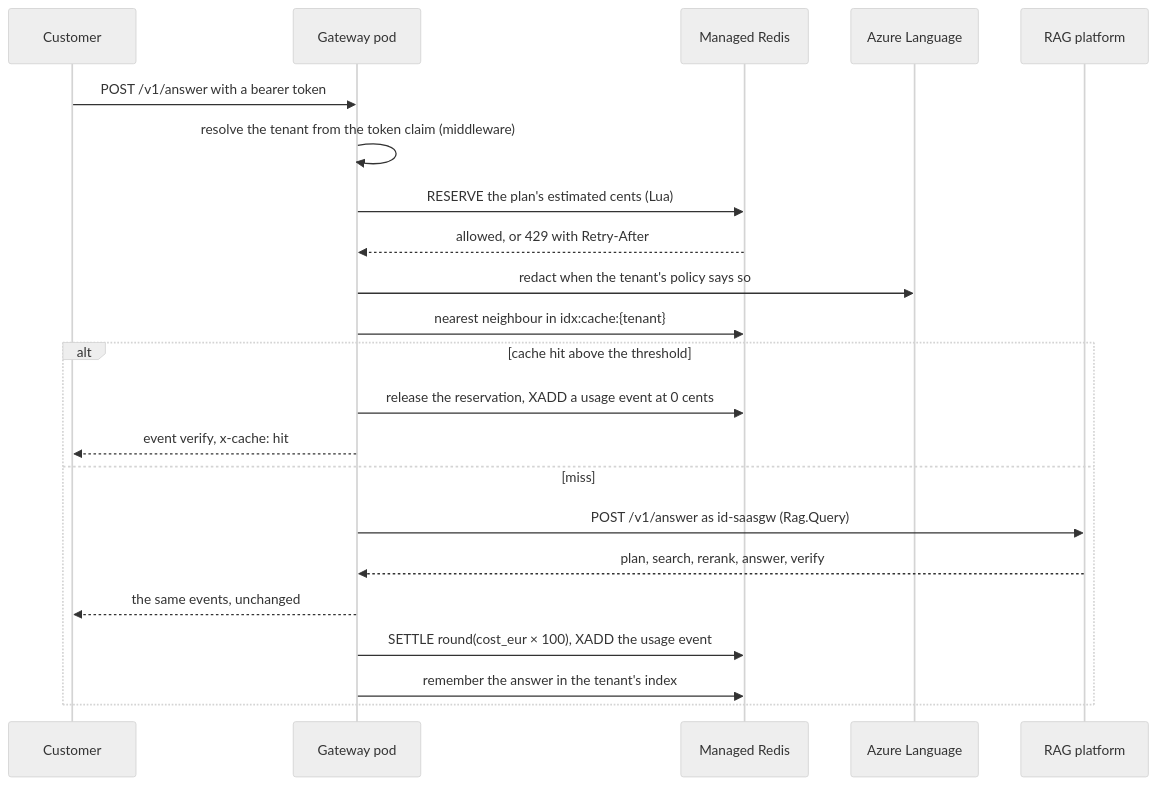
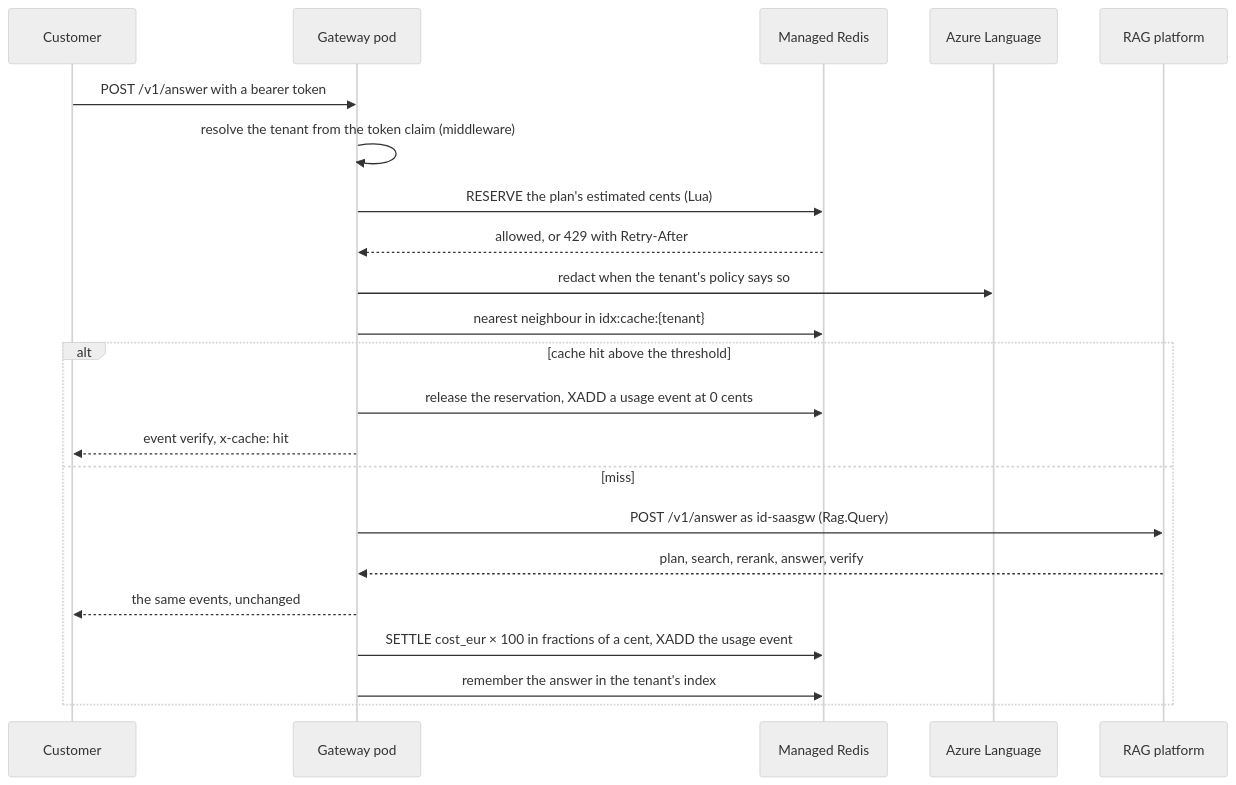
One commit to Rodrigo-GomezdelMoral/azure-ai-saas-platform changed the fourth of 4 diagrams in docs/architecture.md. Above: the diagram before and after it, drawn with Mermaid (neutral theme). The commit also changed other lines of this file and 43 other files, not shown here.

````diff
--- a/docs/architecture.md
+++ b/docs/architecture.md
@@ -112,24 +112,24 @@
 ```mermaid
 sequenceDiagram
     participant C as Customer
     participant G as Gateway pod
     participant R as Managed Redis
     participant L as Azure Language
     participant U as RAG platform
     C->>G: POST /v1/answer with a bearer token
     G->>G: resolve the tenant from the token claim (middleware)
     G->>R: RESERVE the plan's estimated cents (Lua)
     R-->>G: allowed, or 429 with Retry-After
     G->>L: redact when the tenant's policy says so
     G->>R: nearest neighbour in idx:cache:{tenant}
     alt cache hit above the threshold
         G->>R: release the reservation, XADD a usage event at 0 cents
         G-->>C: event verify, x-cache: hit
     else miss
         G->>U: POST /v1/answer as id-saasgw (Rag.Query)
         U-->>G: plan, search, rerank, answer, verify
         G-->>C: the same events, unchanged
-        G->>R: SETTLE round(cost_eur × 100), XADD the usage event
+        G->>R: SETTLE cost_eur × 100 in fractions of a cent, XADD the usage event
         G->>R: remember the answer in the tenant's index
     end
 ```
````
